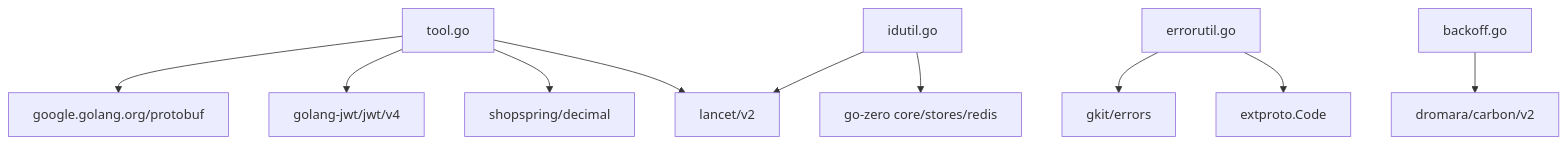
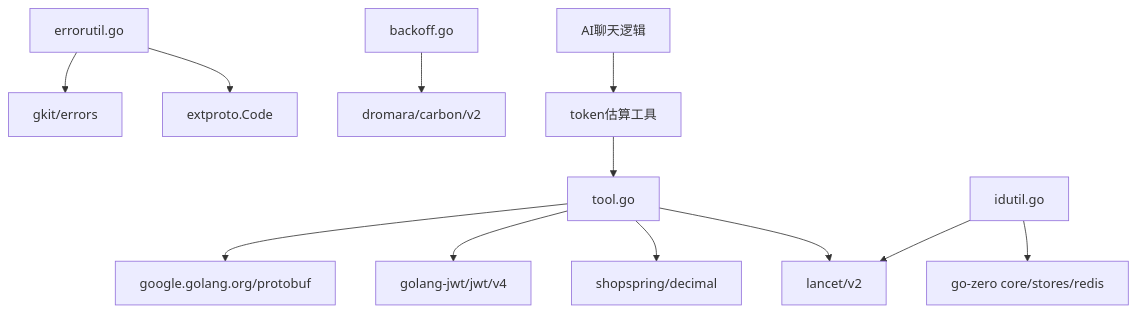
One commit to maomao94/zero-service changed the eighth of 8 diagrams in .qoder/repowiki/zh/content/公共组件库/工具组件/数据处理工具/通用工具函数集合.md. Above: the diagram before and after it, drawn with Mermaid. The commit also changed other lines of this file and 48 other files, not shown here.

````diff
--- a/.qoder/repowiki/zh/content/公共组件库/工具组件/数据处理工具/通用工具函数集合.md
+++ b/.qoder/repowiki/zh/content/公共组件库/工具组件/数据处理工具/通用工具函数集合.md
@@ -240,12 +278,14 @@
 ```mermaid
 graph TB
 Tool["tool.go"] --> Lancet["lancet/v2"]
 Tool --> Decimal["shopspring/decimal"]
 Tool --> JWT["golang-jwt/jwt/v4"]
 Tool --> Proto["google.golang.org/protobuf"]
 ErrorUtil["errorutil.go"] --> ExtProto["extproto.Code"]
 ErrorUtil --> GKitErr["gkit/errors"]
 IdUtil["idutil.go"] --> Redis["go-zero core/stores/redis"]
 IdUtil --> Lancet
 Backoff["backoff.go"] --> Carbon["dromara/carbon/v2"]
+TokenEst["token估算工具"] --> Tool
+AIChat["AI聊天逻辑"] --> TokenEst
 ```
````
